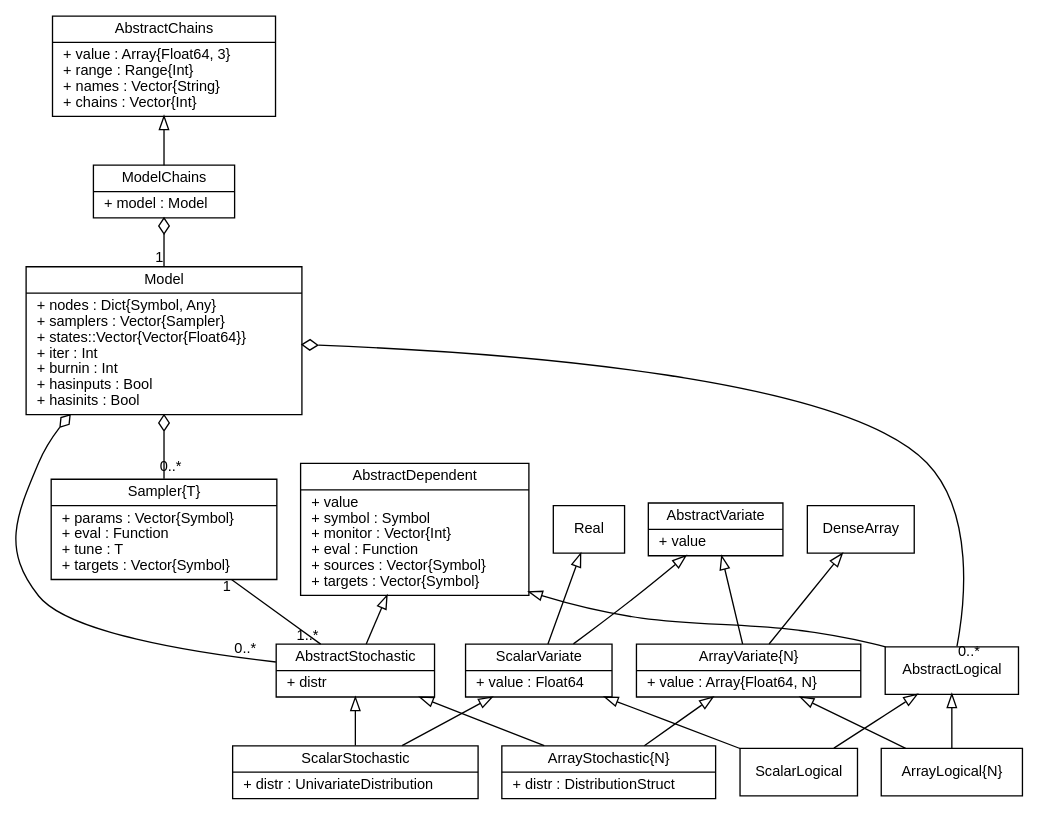
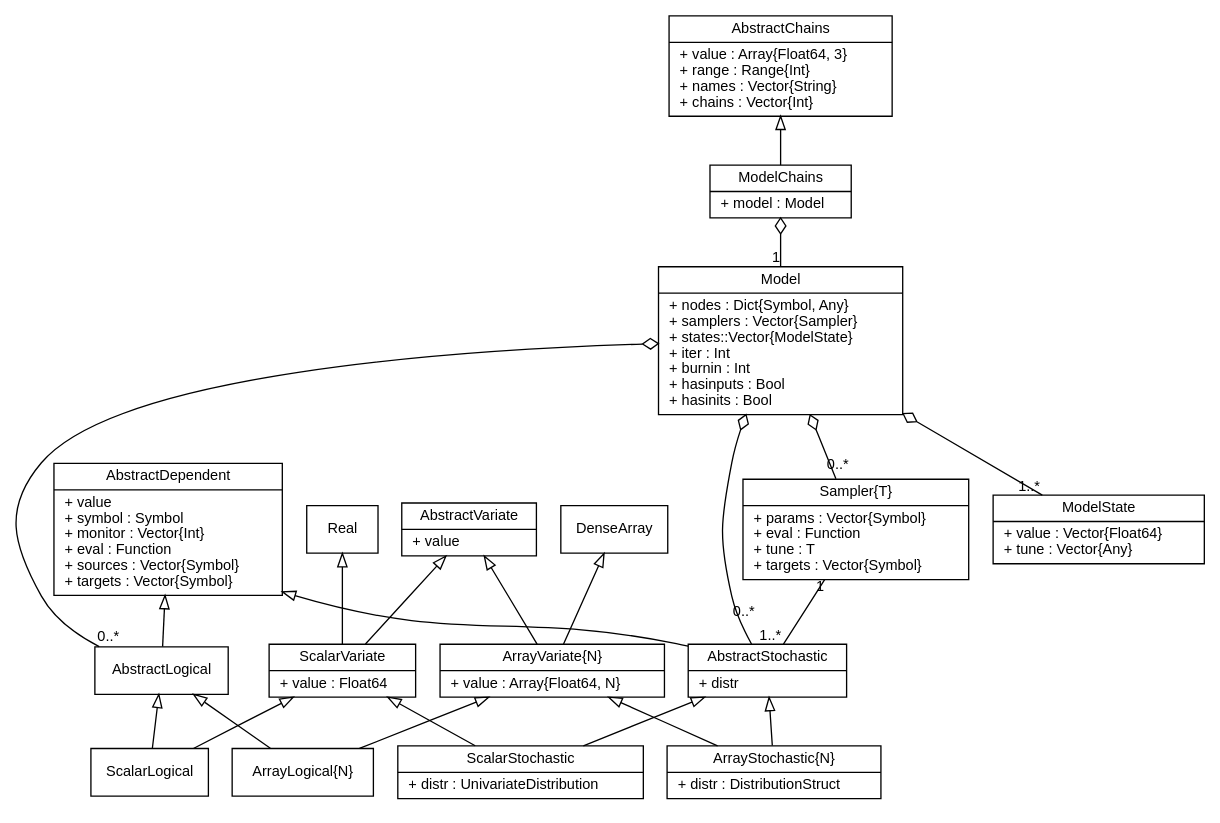
Before and after one commit to brian-j-smith/Mamba.jl: the diagram in doc/images/mcmcUML.dot, drawn with Graphviz. The commit also changed 8 other files, not shown here.

```diff
--- a/doc/images/mcmcUML.dot
+++ b/doc/images/mcmcUML.dot
@@ -1,66 +1,69 @@
 graph MCMC {
     fontname = "Helvetica"
     fontsize = 11
     splines = true
     overlap = false
 
     node [fontname = "Helvetica", fontsize = 11, shape = record]
 
     edge [fontname = "Helvetica", fontsize = 11, dir = both, arrowtail = none, arrowhead = none]
 
     Real [label = "{Real}", pos="315, 610"]
 
     DenseArray [label = "{DenseArray}", pos="324, 570"]
 
     AbstractDependent [label = "{AbstractDependent|+ value\l+ symbol : Symbol\l+ monitor : Vector\{Int\}\l+ eval : Function\l+ sources : Vector\{Symbol\}\l+ targets : Vector\{Symbol\}\l}", pos="275, 425"]
 
     AbstractLogical [label = "{AbstractLogical}", pos="75, 425"]
 
     AbstractStochastic [label = "{AbstractStochastic|+ distr\l}", pos="495, 425"]
 
     AbstractVariate [label = "{AbstractVariate|+ value\l}", pos="230, 590"]
 
     ArrayLogical [label = "{ArrayLogical\{N\}}", pos="125, 515"]
 
     ArrayStochastic [label = "{ArrayStochastic\{N\}|+ distr : DistributionStruct\l}", pos="425, 515"]
 
     ArrayVariate [label = "{ArrayVariate\{N\}|+ value : Array\{Float64, N\}\l}", pos="275, 515"]
 
     ScalarLogical [label = "{ScalarLogical}", pos="25, 515"]
 
     ScalarStochastic [label = "{ScalarStochastic|+ distr : UnivariateDistribution\l}", pos="575, 515"]
 
     ScalarVariate [label = "{ScalarVariate|+ value : Float64\l}", pos="275, 665"]
 
-    Model [label = "{Model|+ nodes : Dict\{Symbol, Any\}\l+ samplers : Vector\{Sampler\}\l+ states::Vector\{Vector\{Float64\}\}\l+ iter : Int\l+ burnin : Int\l+ hasinputs : Bool\l+ hasinits : Bool\l}", pos="275, 305"]
+    Model [label = "{Model|+ nodes : Dict\{Symbol, Any\}\l+ samplers : Vector\{Sampler\}\l+ states::Vector\{ModelState\}\l+ iter : Int\l+ burnin : Int\l+ hasinputs : Bool\l+ hasinits : Bool\l}", pos="275, 305"]
 
-    Sampler [label = "{Sampler\{T\}|+ params : Vector\{Symbol\}\l+ eval : Function\l+ tune : T\l+ targets : Vector\{Symbol\}\l}", pos="495, 305"]
+    Sampler [label = "{Sampler\{T\}|+ params : Vector\{Symbol\}\l+ eval : Function\l+ tune : T\l+ targets : Vector\{Symbol\}\l}", pos="495, 340"]
+    
+    ModelState [label = "{ModelState|+ value : Vector\{Float64\}\l+ tune : Vector\{Any\}\l}", pos="495, 265"]
 
     AbstractChains  [label = "{AbstractChains|+ value : Array\{Float64, 3\}\l+ range : Range\{Int\}\l+ names : Vector\{String\}\l+ chains : Vector\{Int\}\l}", pos="75, 340"]
 
     ModelChains [label = "{ModelChains|+ model : Model\l}", pos="75, 260"]
 
     Real -- ScalarVariate [arrowtail = empty]
     DenseArray -- ArrayVariate [arrowtail = empty]
 
     AbstractChains -- ModelChains [arrowtail = empty]
     AbstractDependent -- AbstractLogical [arrowtail = empty]
     AbstractDependent -- AbstractStochastic [arrowtail = empty]
     AbstractLogical -- ArrayLogical [arrowtail = empty]
     AbstractLogical -- ScalarLogical [arrowtail = empty]
     AbstractStochastic -- ArrayStochastic [arrowtail = empty]
     AbstractStochastic -- ScalarStochastic [arrowtail = empty]
     AbstractVariate -- ArrayVariate [arrowtail = empty]
     AbstractVariate -- ScalarVariate [arrowtail = empty]
     ArrayVariate -- ArrayLogical [arrowtail = empty]
     ArrayVariate -- ArrayStochastic [arrowtail = empty]
     ScalarVariate -- ScalarLogical [arrowtail = empty]
     ScalarVariate -- ScalarStochastic [arrowtail = empty]
 
     Sampler -- AbstractStochastic [taillabel = "1", headlabel = "1..*"]
     Model -- Sampler [arrowtail = odiamond, headlabel = "0..*", labeldistance = 1.0, labelangle = -30]
     Model -- AbstractLogical [arrowtail = odiamond, headlabel = "0..*", labeldistance = 1.0, labelangle = -105]
     Model -- AbstractStochastic [arrowtail = odiamond, headlabel = "0..*", labeldistance = 2.5, labelangle = -15]
+    Model -- ModelState [arrowtail = odiamond, headlabel = "1..*"]
     ModelChains -- Model [arrowtail = odiamond, headlabel = "1"]
 
 }
```
